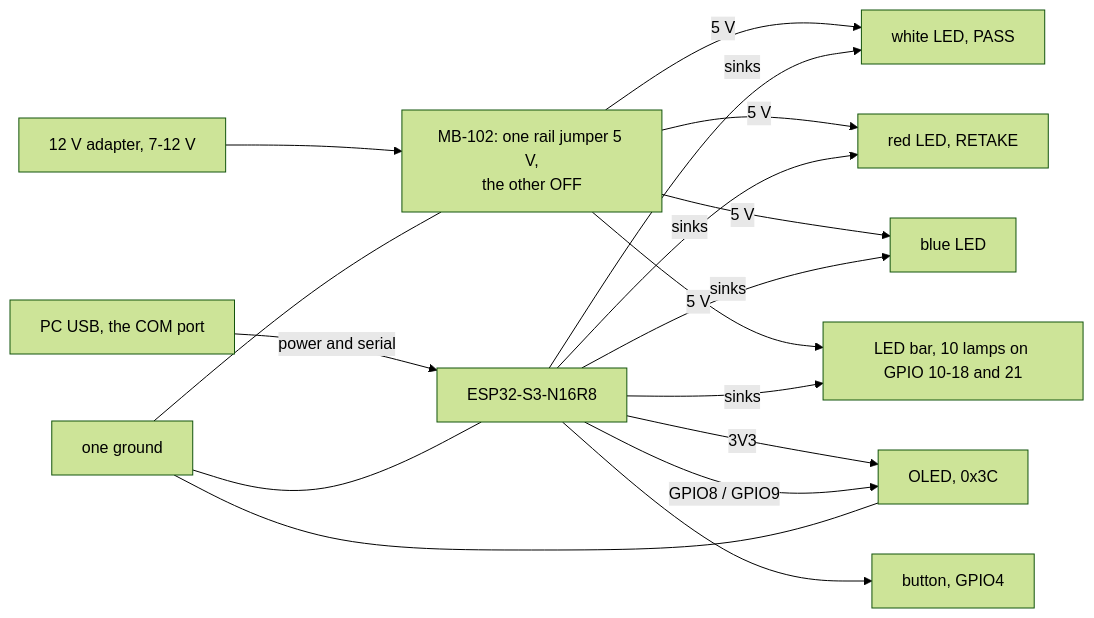
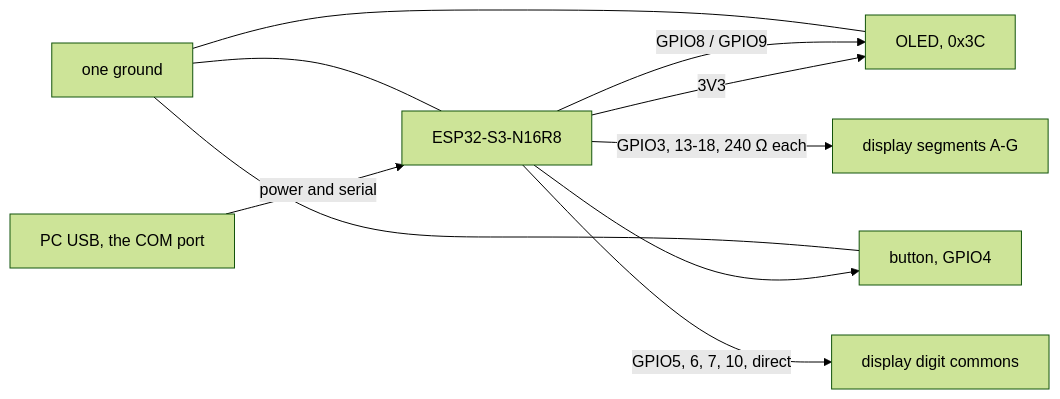
One commit to FrozenYty/aquavision changed the diagram in docs/procurement-en.md. Above: the diagram before and after it, drawn with Mermaid (forest theme). The commit also changed other lines of this file and 17 other files, not shown here.

First line of the commit message:
feat(rig): a four-digit display driven from a timer interrupt (P3-17)

````diff
--- a/docs/procurement-en.md
+++ b/docs/procurement-en.md
@@ -120,19 +117,12 @@
 ```mermaid
 flowchart LR
-  DC["12 V adapter, 7-12 V"] --> MB["MB-102: one rail jumper 5 V,<br/>the other OFF"]
   PC["PC USB, the COM port"] -->|"power and serial"| ESP["ESP32-S3-N16R8"]
   ESP -->|"3V3"| OLED["OLED, 0x3C"]
   ESP -->|"GPIO8 / GPIO9"| OLED
   ESP --> B["button, GPIO4"]
-  MB -->|"5 V"| L1["white LED, PASS"]
-  ESP -->|"sinks"| L1
-  MB -->|"5 V"| L2["red LED, RETAKE"]
-  ESP -->|"sinks"| L2
-  MB -->|"5 V"| L3["blue LED"]
-  ESP -->|"sinks"| L3
-  MB -->|"5 V"| BAR["LED bar, 10 lamps on GPIO 10-18 and 21"]
-  ESP -->|"sinks"| BAR
-  GND["one ground"] --- MB
-  GND --- ESP
+  ESP -->|"GPIO3, 13-18, 240 Ω each"| SEG["display segments A-G"]
+  ESP -->|"GPIO5, 6, 7, 10, direct"| COM["display digit commons"]
+  GND["one ground"] --- ESP
   GND --- OLED
+  GND --- B
 ```
````
